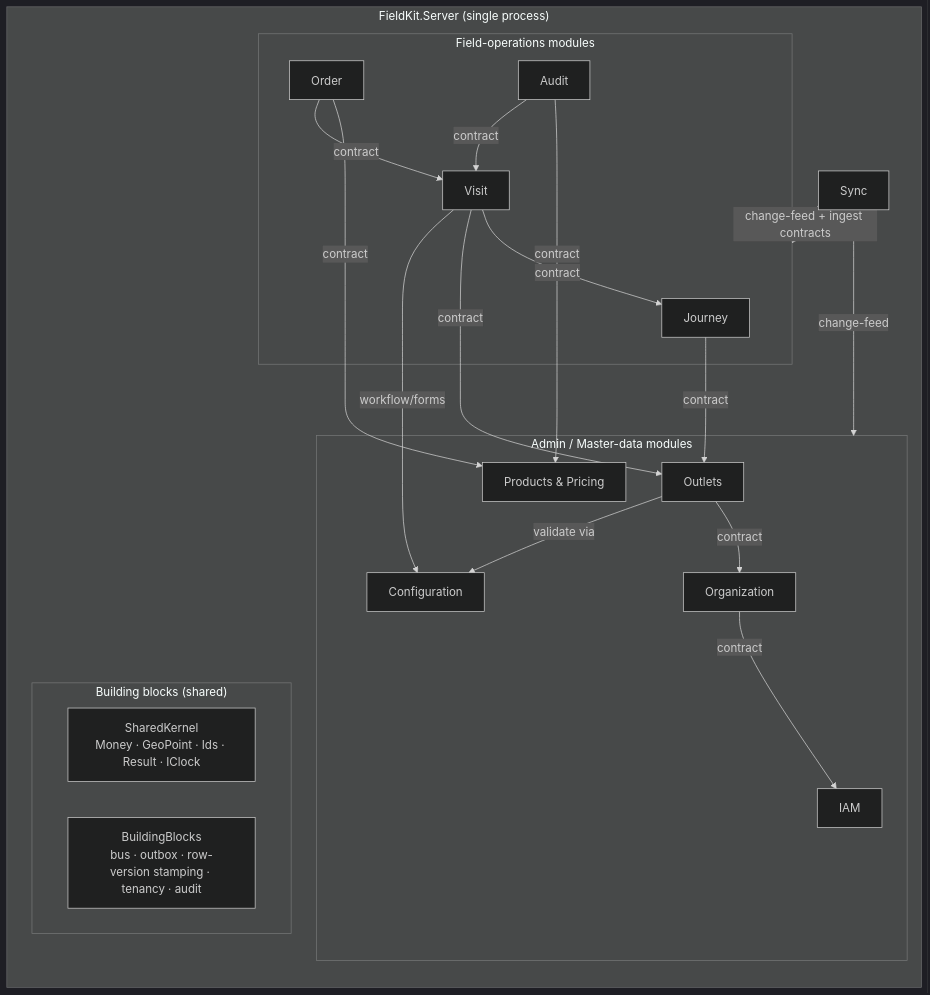
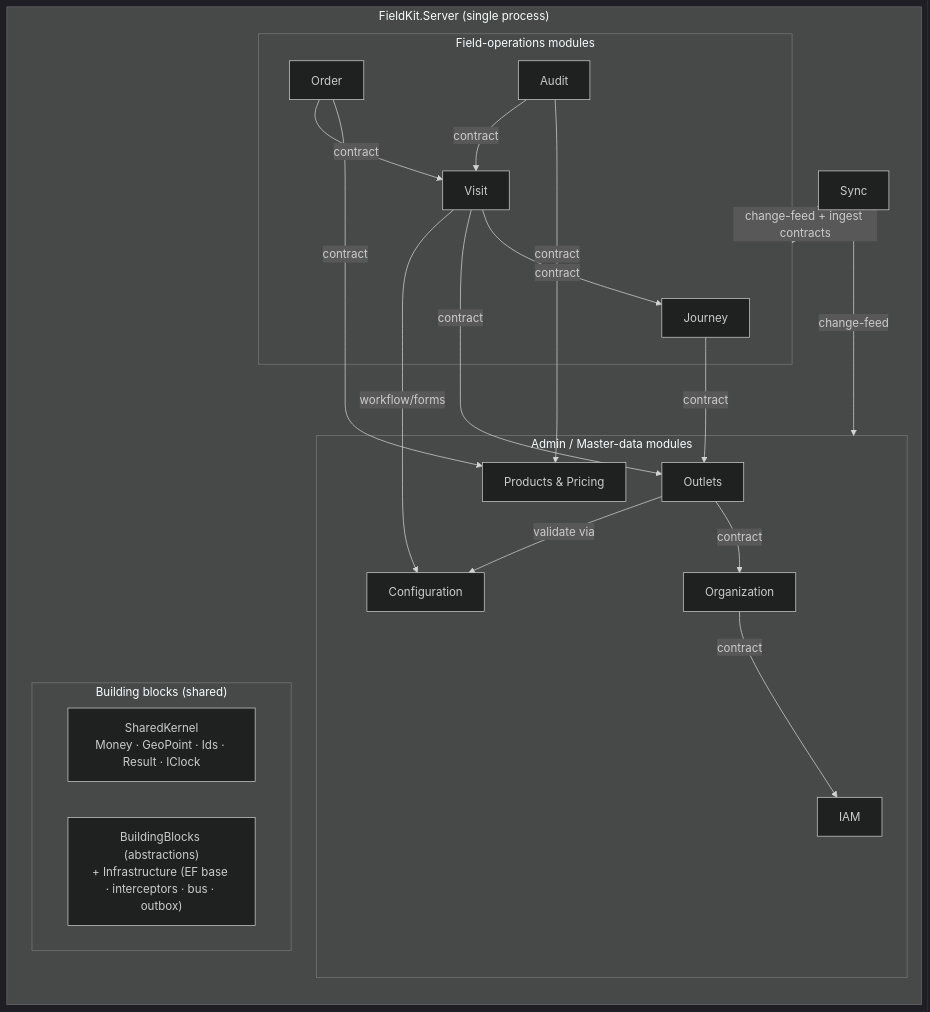
One commit to Tibirot/FieldKit changed the third of 4 diagrams in docs/architecture/00-architecture-overview.md. Above: the diagram before and after it, drawn with Mermaid (dark theme). The commit also changed other lines of this file and 17 other files, not shown here.

First line of the commit message:
feat(infrastructure): EF persistence base — schema-per-module, tenancy, auditing (#3)

````diff
--- a/docs/architecture/00-architecture-overview.md
+++ b/docs/architecture/00-architecture-overview.md
@@ -108,42 +108,42 @@
 ```mermaid
 flowchart LR
   subgraph host["FieldKit.Server (single process)"]
     direction TB
 
     subgraph admin["Admin / Master-data modules"]
       IAM["IAM"]
       ORG["Organization"]
       OUT["Outlets"]
       PRD["Products & Pricing"]
       CFG["Configuration"]
     end
 
     subgraph field["Field-operations modules"]
       JRN["Journey"]
       VIS["Visit"]
       AUD["Audit"]
       ORD["Order"]
     end
 
     SYNC["Sync"]
 
     subgraph bb["Building blocks (shared)"]
       SK["SharedKernel<br/>Money · GeoPoint · Ids · Result · IClock"]
-      INFRA["BuildingBlocks<br/>bus · outbox · row-version stamping · tenancy · audit"]
+      INFRA["BuildingBlocks (abstractions)<br/>+ Infrastructure (EF base · interceptors · bus · outbox)"]
     end
   end
 
   ORG -->|contract| IAM
   OUT -->|contract| ORG
   ORD -->|contract| PRD
   AUD -->|contract| PRD
   JRN -->|contract| OUT
   VIS -->|contract| JRN
   VIS -->|contract| OUT
   AUD -->|contract| VIS
   ORD -->|contract| VIS
   OUT -->|validate via| CFG
   VIS -->|workflow/forms| CFG
   SYNC -->|change-feed + ingest contracts| field
   SYNC -->|change-feed| admin
 ```
````
